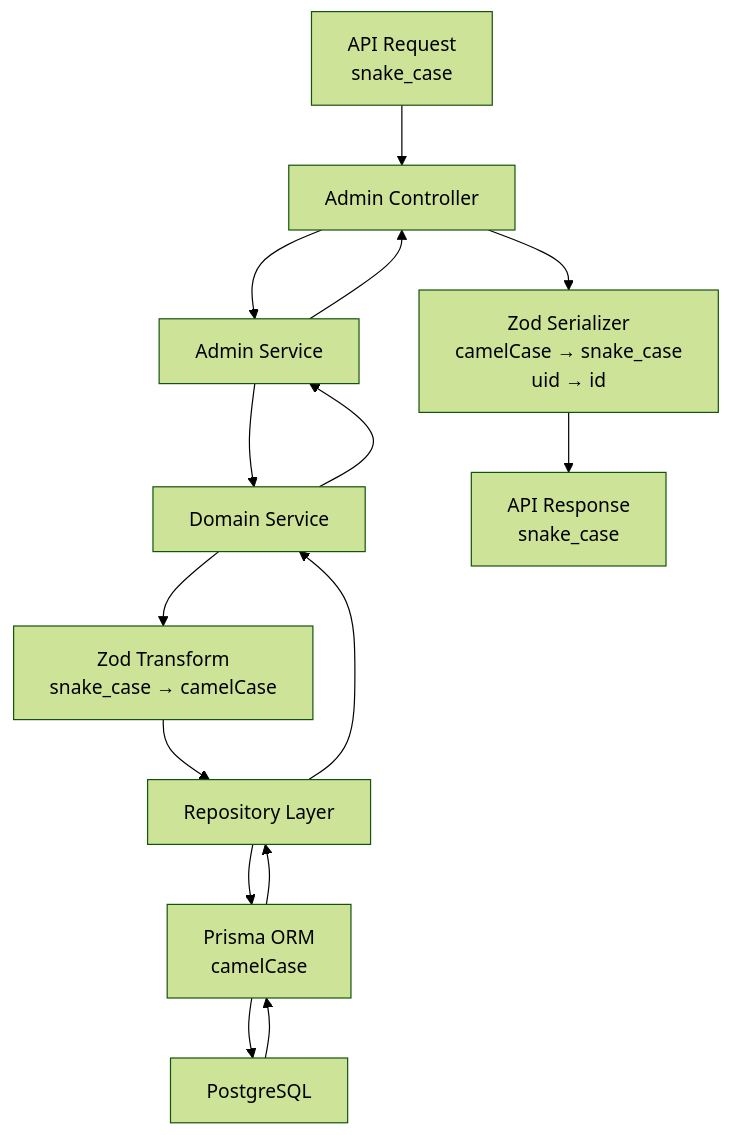
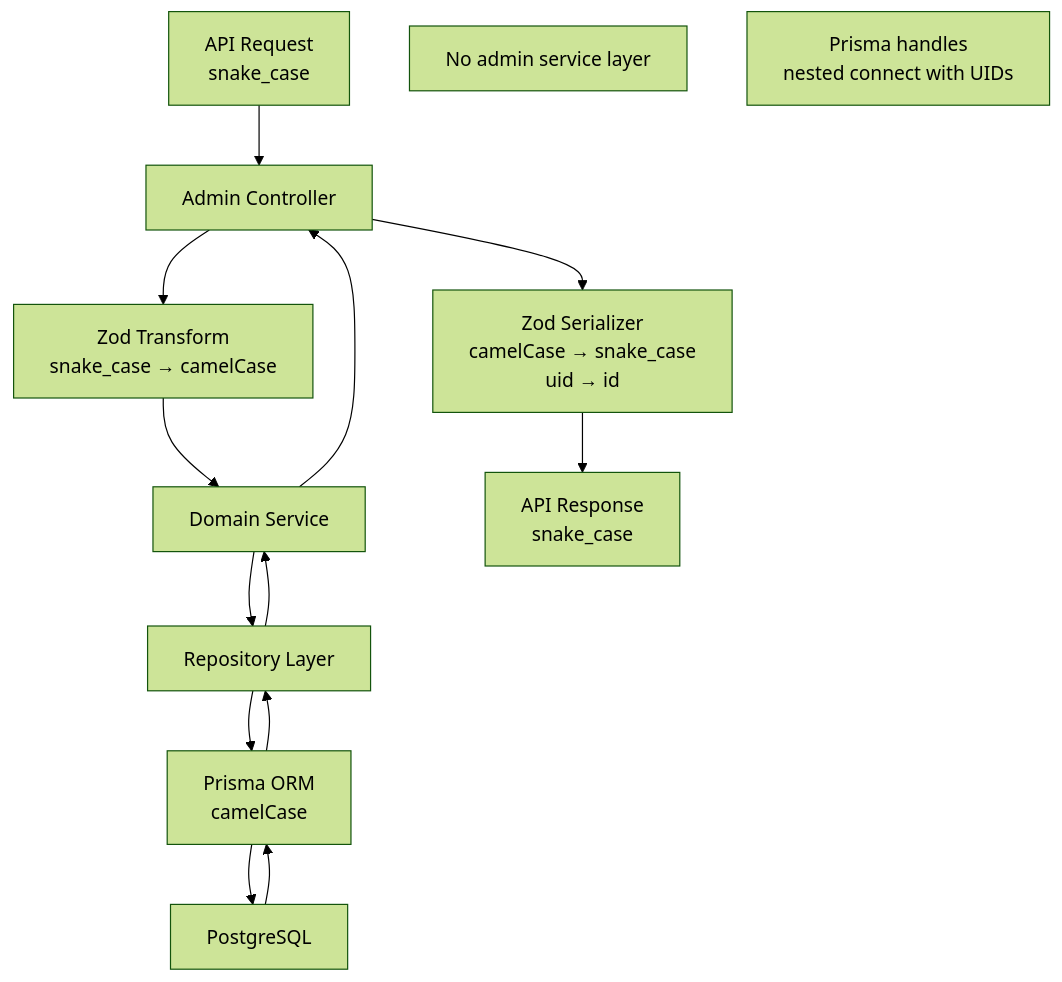
Before and after one commit to allenlin90/eridu-services: the fourth of 4 diagrams in apps/erify_api/docs/ARCHITECTURE.md, drawn with Mermaid (forest theme). The commit also changed other lines of this file and 119 other files, not shown here.

````diff
--- a/apps/erify_api/docs/ARCHITECTURE.md
+++ b/apps/erify_api/docs/ARCHITECTURE.md
@@ -377,18 +534,18 @@
 ```mermaid
 flowchart TD
     API[API Request<br/>snake_case] --> Controller[Admin Controller]
-    Controller --> AdminService[Admin Service]
-    AdminService --> DomainService[Domain Service]
-    DomainService --> Transform[Zod Transform<br/>snake_case → camelCase]
-    Transform --> Repository[Repository Layer]
+    Controller --> Transform[Zod Transform<br/>snake_case → camelCase]
+    Transform --> DomainService[Domain Service]
+    Note1[No admin service layer]
+    DomainService --> Repository[Repository Layer]
     Repository --> Prisma[Prisma ORM<br/>camelCase]
+    Note2[Prisma handles<br/>nested connect with UIDs]
     Prisma --> Database[PostgreSQL]
     
     Database --> Prisma
     Prisma --> Repository
     Repository --> DomainService
-    DomainService --> AdminService
-    AdminService --> Controller
+    DomainService --> Controller
     Controller --> Serializer[Zod Serializer<br/>camelCase → snake_case<br/>uid → id]
     Serializer --> APIResponse[API Response<br/>snake_case]
 ```
````
